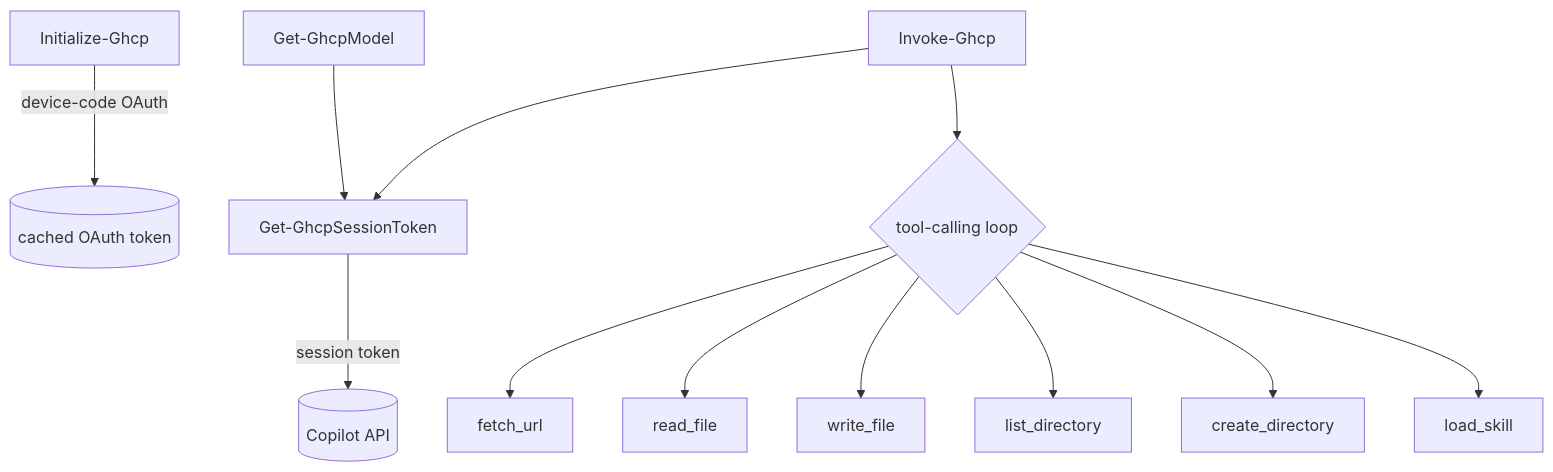
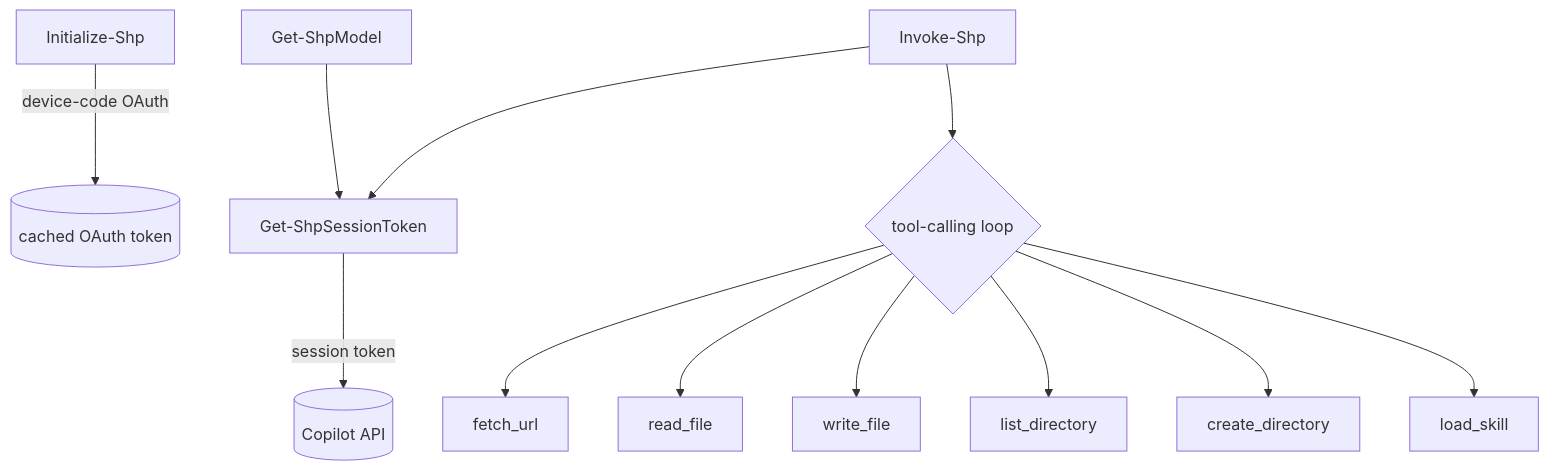
The diagram in .memory-bank/systemPatterns.md (raandree/ShellPilot), drawn with Mermaid before and after one commit. The commit also changed other lines of this file and 14 other files, not shown here.

````diff
--- a/.memory-bank/systemPatterns.md
+++ b/.memory-bank/systemPatterns.md
@@ -11,14 +11,14 @@
 ```mermaid
 flowchart TD
-    A[Initialize-Ghcp] -->|device-code OAuth| T[(cached OAuth token)]
-    G[Get-GhcpModel] --> S[Get-GhcpSessionToken]
-    I[Invoke-Ghcp] --> S
+    A[Initialize-Shp] -->|device-code OAuth| T[(cached OAuth token)]
+    G[Get-ShpModel] --> S[Get-ShpSessionToken]
+    I[Invoke-Shp] --> S
     S -->|session token| API[(Copilot API)]
     I --> L{tool-calling loop}
     L --> FU[fetch_url]
     L --> RF[read_file]
     L --> WF[write_file]
     L --> LD[list_directory]
     L --> CD[create_directory]
     L --> SK[load_skill]
 ```
````
